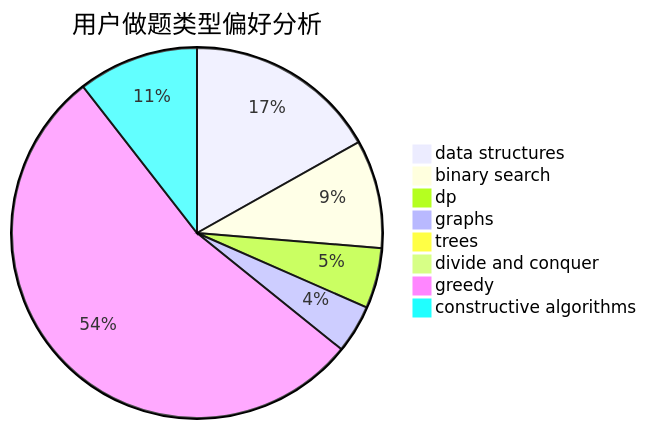
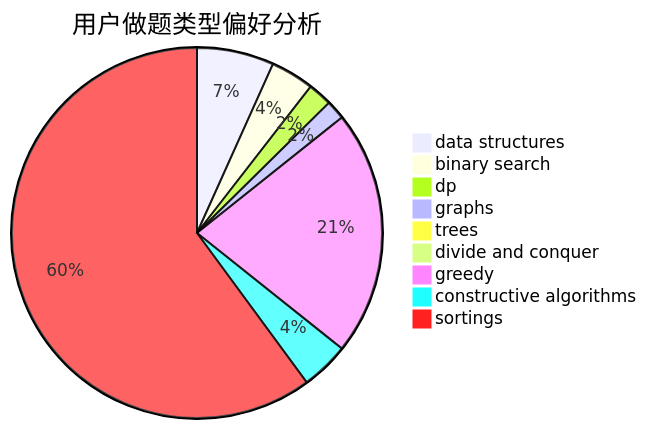
Before and after one commit to sherpahu/cfrs.github.io: the second of 3 diagrams in docs/user/u2684.md, drawn with Mermaid. The commit also changed other lines of this file and 2769 other files, not shown here.

````diff
--- a/docs/user/u2684.md
+++ b/docs/user/u2684.md
@@ -23,11 +18,12 @@
 ```mermaid
 pie title 用户做题类型偏好分析
     "data structures" :  16
     "binary search" :  9
     "dp" :  5
     "graphs" :  4
     "trees" :  0
     "divide and conquer" :  0
     "greedy" :  51
     "constructive algorithms" :  10
+    "sortings" :  143
 ```
````
